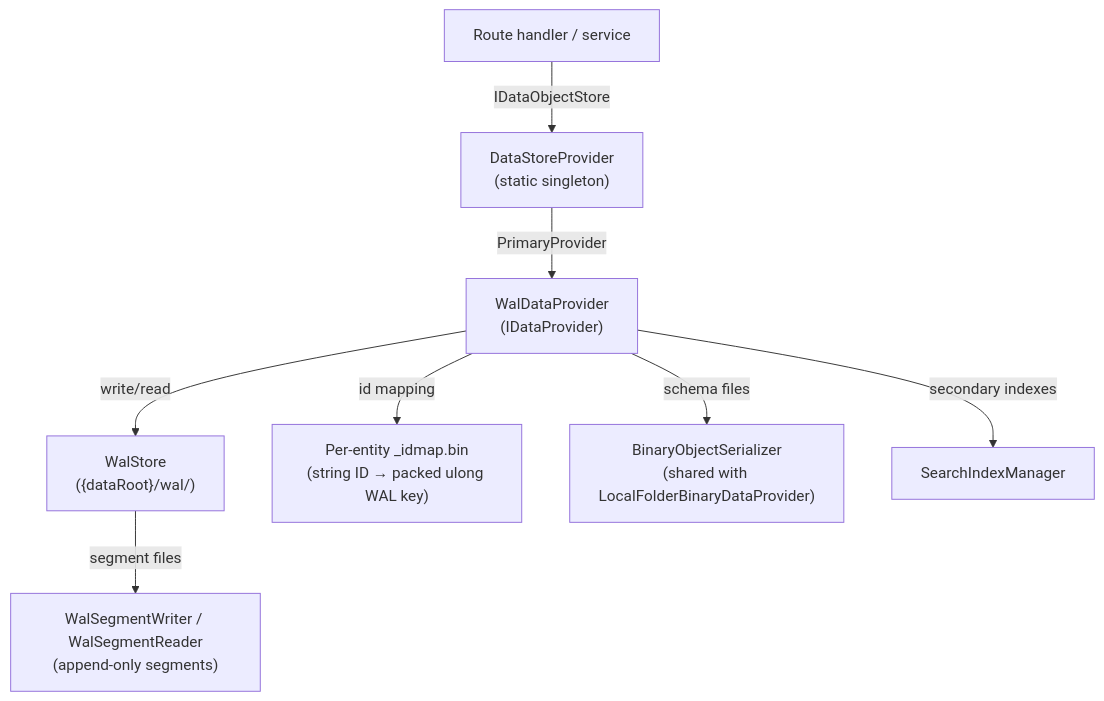
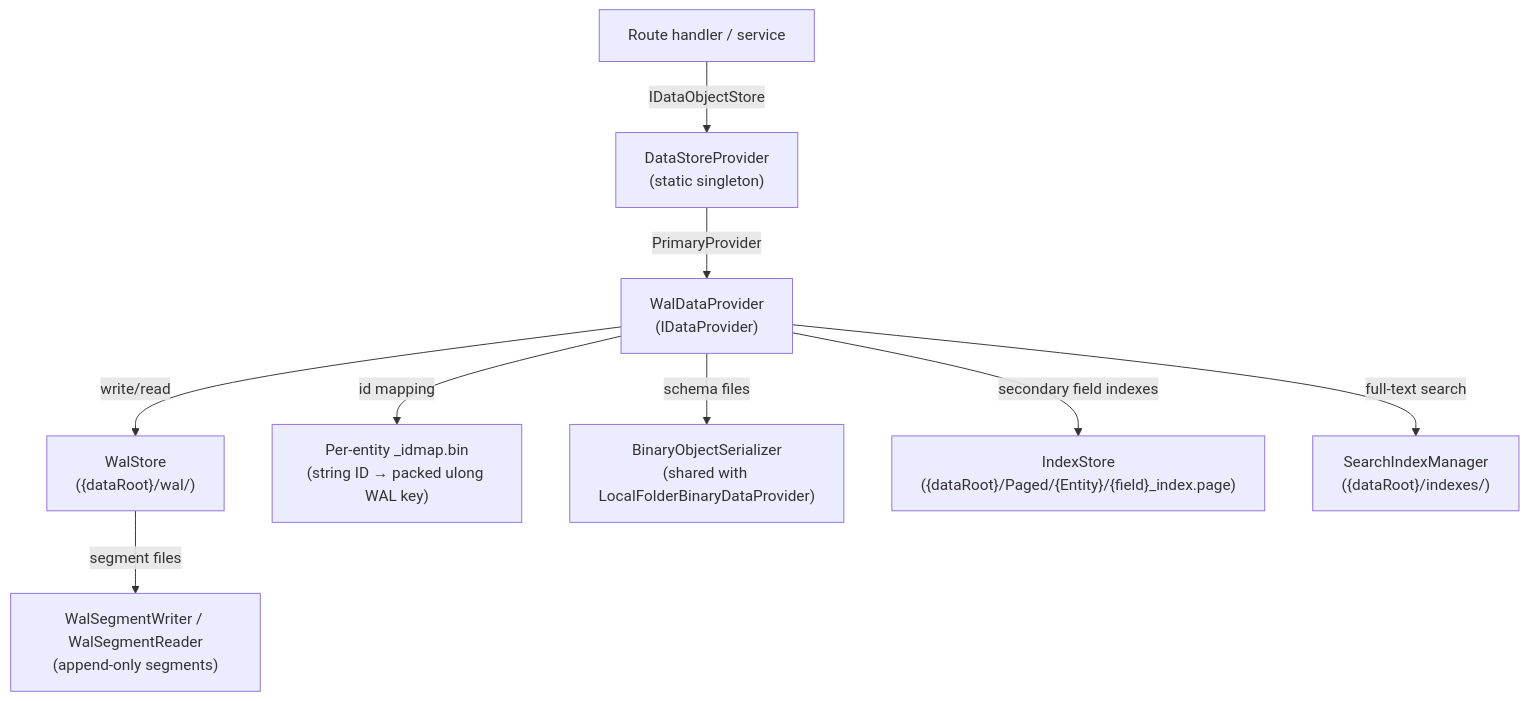
One commit to WillEastbury/BareMetalWeb changed the second of 8 diagrams in docs/architecture/data-layer.md. Above: the diagram before and after it, drawn with Mermaid. The commit also changed other lines of this file and 4 other files, not shown here.

First line of the commit message:
PERF: WalDataProvider.Query now consults secondary IndexStore before full-scan

````diff
--- a/docs/architecture/data-layer.md
+++ b/docs/architecture/data-layer.md
@@ -27,10 +27,11 @@
 ```mermaid
 graph TD
     Consumer["Route handler / service"] -->|IDataObjectStore| DSP["DataStoreProvider<br/>(static singleton)"]
     DSP -->|PrimaryProvider| WAL["WalDataProvider<br/>(IDataProvider)"]
     WAL -->|write/read| WS["WalStore<br/>({dataRoot}/wal/)"]
     WS -->|segment files| SEG["WalSegmentWriter / WalSegmentReader<br/>(append-only segments)"]
     WAL -->|id mapping| IDMap["Per-entity _idmap.bin<br/>(string ID → packed ulong WAL key)"]
     WAL -->|schema files| BOS["BinaryObjectSerializer<br/>(shared with LocalFolderBinaryDataProvider)"]
-    WAL -->|secondary indexes| SIM["SearchIndexManager"]
+    WAL -->|secondary field indexes| IS["IndexStore<br/>({dataRoot}/Paged/{Entity}/{field}_index.page)"]
+    WAL -->|full-text search| SIM["SearchIndexManager<br/>({dataRoot}/indexes/)"]
 ```
````
